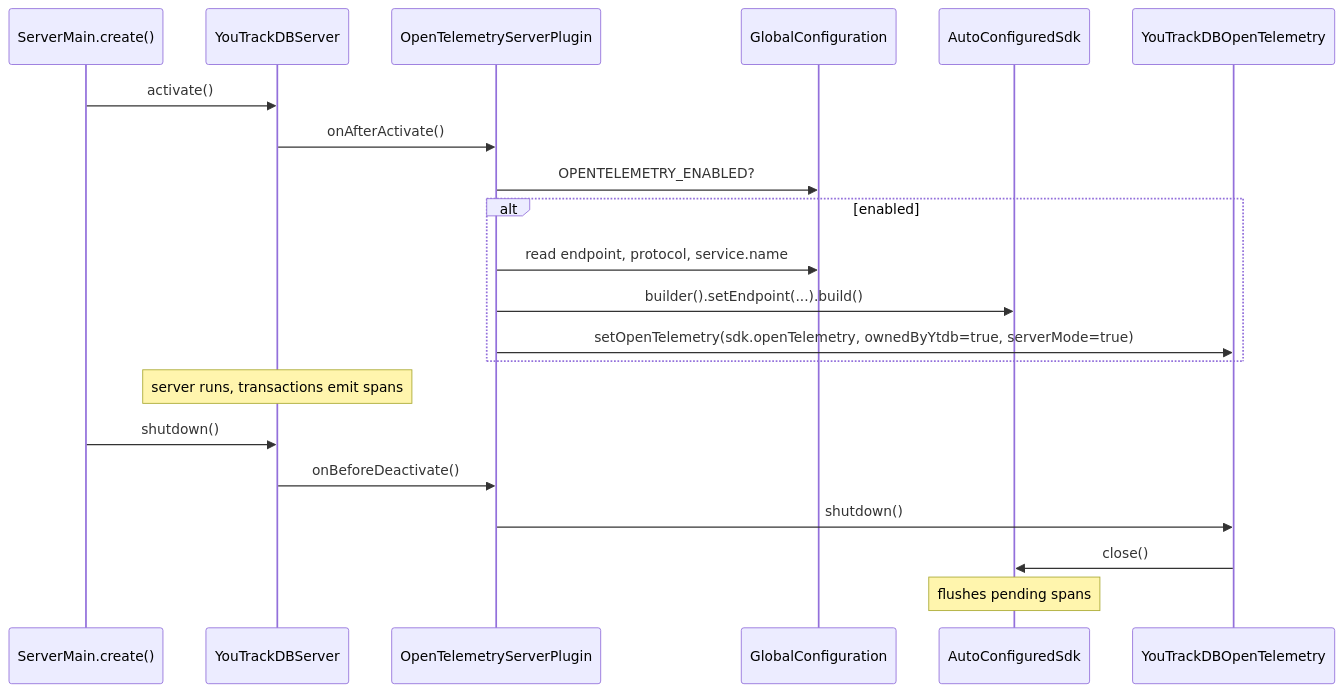
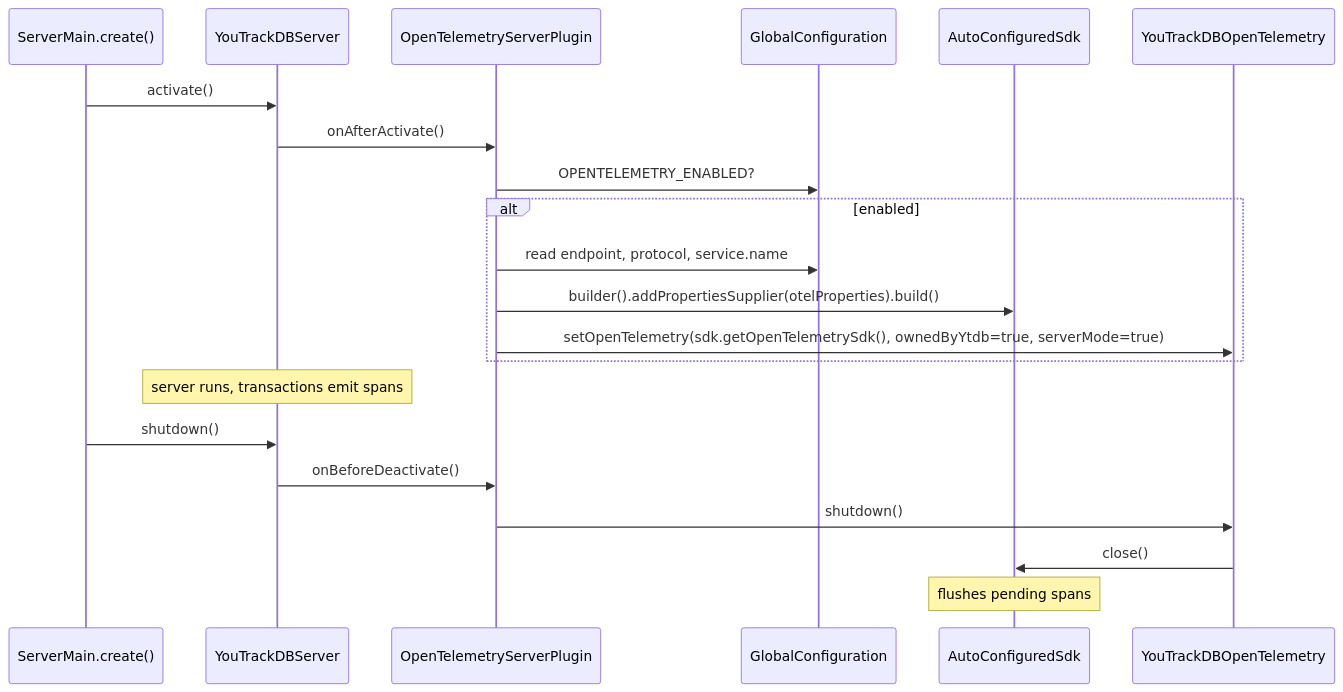
One commit to JetBrains/youtrackdb changed the fourth of 4 diagrams in docs/adr/ytdb-496-opentelemetry-support/_workflow/design.md. Above: the diagram before and after it, drawn with Mermaid. The commit also changed other lines of this file and 2 other files, not shown here.

````diff
--- a/docs/adr/ytdb-496-opentelemetry-support/_workflow/design.md
+++ b/docs/adr/ytdb-496-opentelemetry-support/_workflow/design.md
@@ -460,24 +459,24 @@
 ```mermaid
 sequenceDiagram
     participant Main as ServerMain.create()
     participant Srv as YouTrackDBServer
     participant Plugin as OpenTelemetryServerPlugin
     participant Cfg as GlobalConfiguration
     participant Sdk as AutoConfiguredSdk
     participant Fac as YouTrackDBOpenTelemetry
 
     Main->>Srv: activate()
     Srv->>Plugin: onAfterActivate()
     Plugin->>Cfg: OPENTELEMETRY_ENABLED?
     alt enabled
         Plugin->>Cfg: read endpoint, protocol, service.name
-        Plugin->>Sdk: builder().setEndpoint(...).build()
-        Plugin->>Fac: setOpenTelemetry(sdk.openTelemetry, ownedByYtdb=true, serverMode=true)
+        Plugin->>Sdk: builder().addPropertiesSupplier(otelProperties).build()
+        Plugin->>Fac: setOpenTelemetry(sdk.getOpenTelemetrySdk(), ownedByYtdb=true, serverMode=true)
     end
     Note over Srv: server runs, transactions emit spans
     Main->>Srv: shutdown()
     Srv->>Plugin: onBeforeDeactivate()
     Plugin->>Fac: shutdown()
     Fac->>Sdk: close()
     Note over Sdk: flushes pending spans
 ```
````
